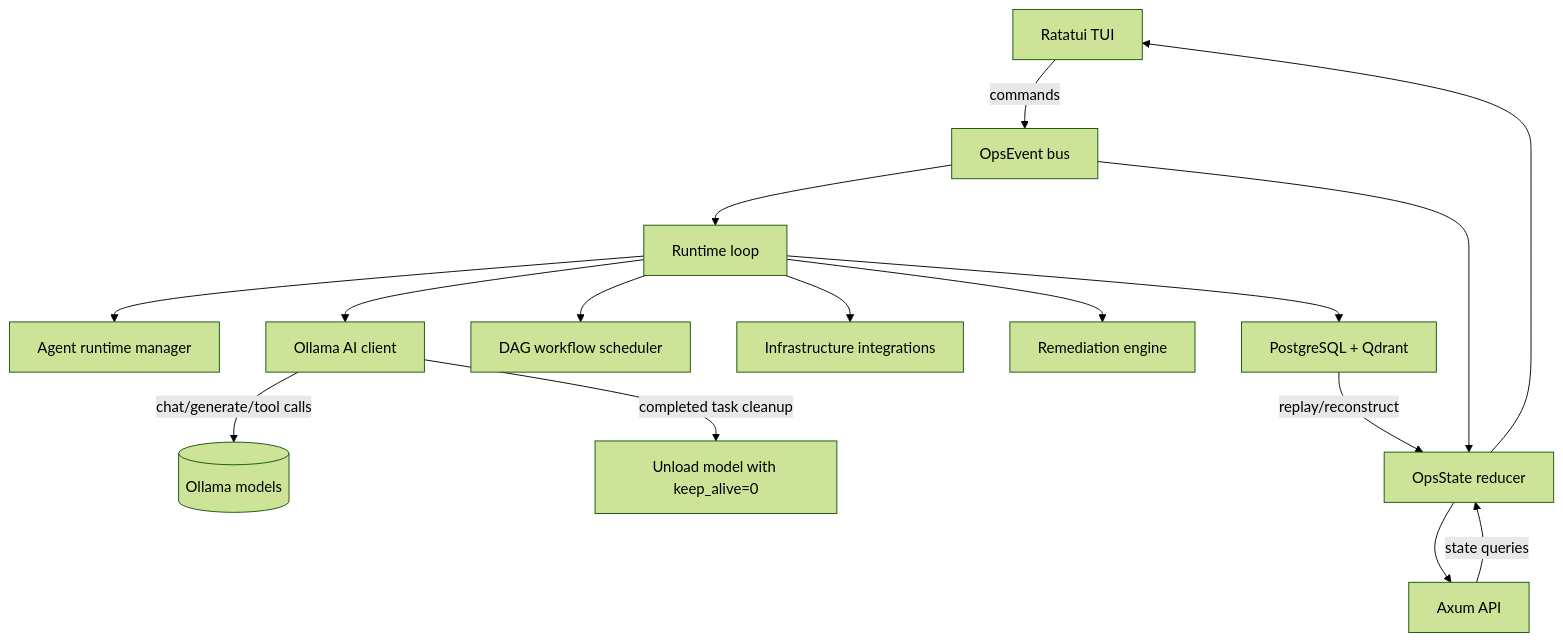
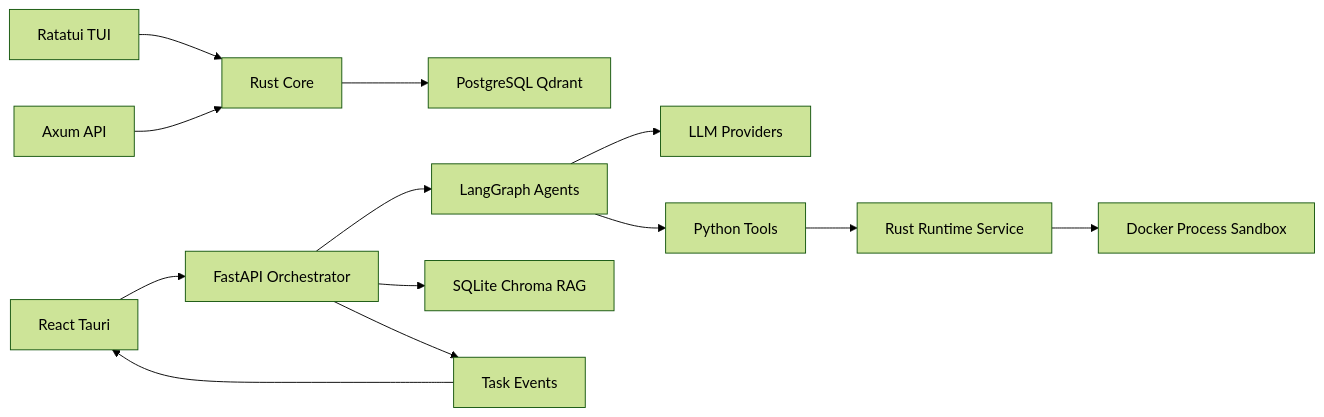
One commit to Hackb07/OctoBot changed the second of 2 diagrams in README.md. Above: the diagram before and after it, drawn with Mermaid (forest theme). The commit also changed other lines of this file and 105 other files, not shown here.

Commit message:
Updated the application Architecture

````diff
--- a/README.md
+++ b/README.md
@@ -190,18 +135,15 @@
 ```mermaid
-flowchart TD
-    UI[Ratatui TUI] -->|commands| Events[OpsEvent bus]
-    API[Axum API] -->|state queries| State[OpsState reducer]
-    Events --> Runtime[Runtime loop]
-    Runtime --> Agents[Agent runtime manager]
-    Runtime --> AI[Ollama AI client]
-    Runtime --> Workflows[DAG workflow scheduler]
-    Runtime --> Infra[Infrastructure integrations]
-    Runtime --> Remediation[Remediation engine]
-    Runtime --> Persistence[PostgreSQL + Qdrant]
-    AI -->|chat/generate/tool calls| Ollama[(Ollama models)]
-    AI -->|completed task cleanup| Unload[Unload model with keep_alive=0]
-    Events --> State
-    Persistence -->|replay/reconstruct| State
-    State --> UI
-    State --> API
+flowchart LR
+    TUI[Ratatui TUI] --> Rust[Rust Core]
+    API[Axum API] --> Rust
+    Frontend[React Tauri] --> Orchestrator[FastAPI Orchestrator]
+    Orchestrator --> Graph[LangGraph Agents]
+    Graph --> Providers[LLM Providers]
+    Graph --> Tools[Python Tools]
+    Tools --> RuntimeService[Rust Runtime Service]
+    RuntimeService --> Sandbox[Docker Process Sandbox]
+    Rust --> Persistence[PostgreSQL Qdrant]
+    Orchestrator --> Memory[SQLite Chroma RAG]
+    Orchestrator --> Events[Task Events]
+    Events --> Frontend
 ```
````
